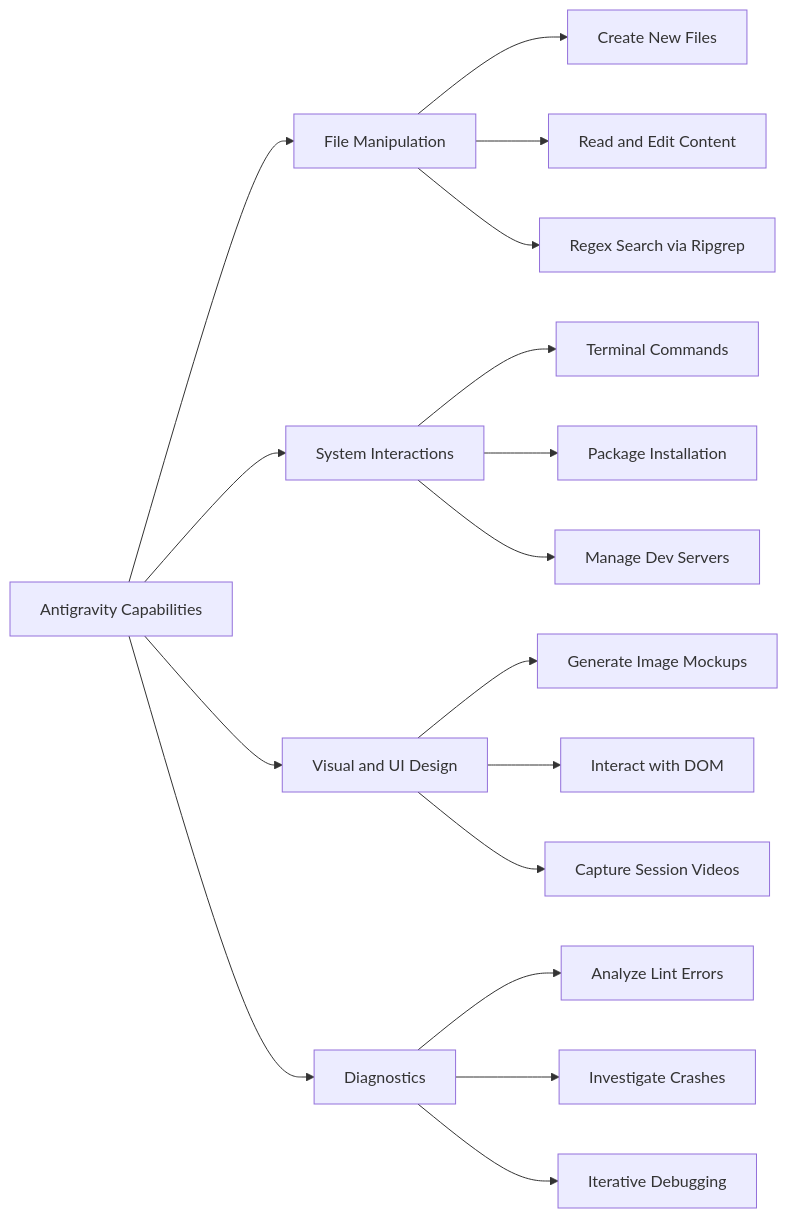
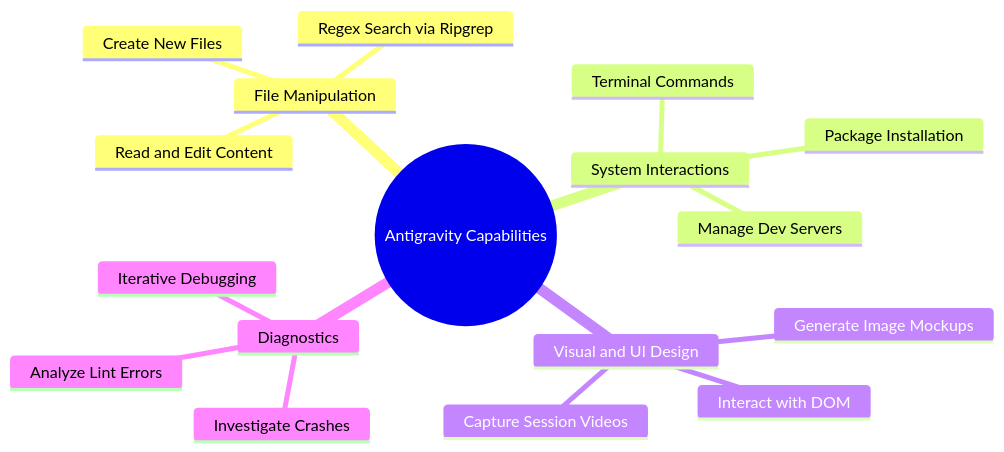
Before and after one commit to sinansoyalic-ai/Antigravity: the second of 4 diagrams in Antigravity101.md, drawn with Mermaid. The commit also changed other lines of this file, not shown here.

Commit message:
Update Antigravity101 with visually styled Mermaid extensions and mindmaps

````diff
--- a/Antigravity101.md
+++ b/Antigravity101.md
@@ -45,23 +52,20 @@
 ```mermaid
-graph LR
-    Root["Antigravity Capabilities"] --> FM["File Manipulation"]
-    Root --> SI["System Interactions"]
-    Root --> VD["Visual and UI Design"]
-    Root --> D["Diagnostics"]
-    
-    FM --> F1["Create New Files"]
-    FM --> F2["Read and Edit Content"]
-    FM --> F3["Regex Search via Ripgrep"]
-    
-    SI --> S1["Terminal Commands"]
-    SI --> S2["Package Installation"]
-    SI --> S3["Manage Dev Servers"]
-    
-    VD --> V1["Generate Image Mockups"]
-    VD --> V2["Interact with DOM"]
-    VD --> V3["Capture Session Videos"]
-    
-    D --> D1["Analyze Lint Errors"]
-    D --> D2["Investigate Crashes"]
-    D --> D3["Iterative Debugging"]
+mindmap
+  root((Antigravity Capabilities))
+    File Manipulation
+      Create New Files
+      Read and Edit Content
+      Regex Search via Ripgrep
+    System Interactions
+      Terminal Commands
+      Package Installation
+      Manage Dev Servers
+    Visual and UI Design
+      Generate Image Mockups
+      Interact with DOM
+      Capture Session Videos
+    Diagnostics
+      Analyze Lint Errors
+      Investigate Crashes
+      Iterative Debugging
 ```
````
